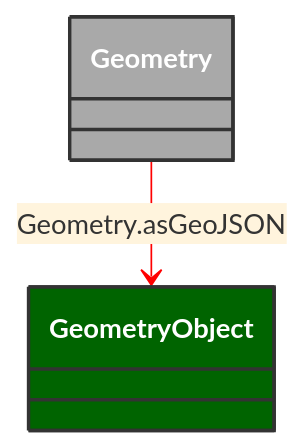
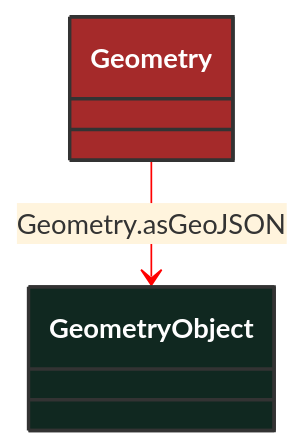
The diagram in docs/Models/Profiles/WattApp/ConcreteClasses/GeometryObject.md (3lbits/NoCIMExtensions), drawn with Mermaid before and after one commit. The commit also changed 190 other files, not shown here.

````diff
--- a/docs/Models/Profiles/WattApp/ConcreteClasses/GeometryObject.md
+++ b/docs/Models/Profiles/WattApp/ConcreteClasses/GeometryObject.md
@@ -8,16 +8,16 @@
 ```mermaid
 %%{init: {'theme':'base','themeVariables': {'lineColor': '#FF0000'}}}%%
 classDiagram
     class GeometryObject
     click GeometryObject href "/Models/Profiles/WattApp/ConcreteClasses/GeometryObject/"
-    style GeometryObject fill:#006400,stroke:#333,stroke-width:2px,rx:10,ry:10,color:white
+    style GeometryObject fill:#102820,stroke:#333,stroke-width:2px,rx:10,ry:10,color:white
 
 
         Geometry --> GeometryObject : Geometry.asGeoJSON
 
         Geometry
             click Geometry href "/Models/Profiles/WattApp/ConcreteClasses/Geometry/"
-            style Geometry fill:#A9A9A9,stroke:#333,stroke-width:2px,rx:10,ry:10,color:white
+            style Geometry fill:#A52A2A,stroke:#333,stroke-width:2px,rx:10,ry:10,color:white
 
 
 ```
````
